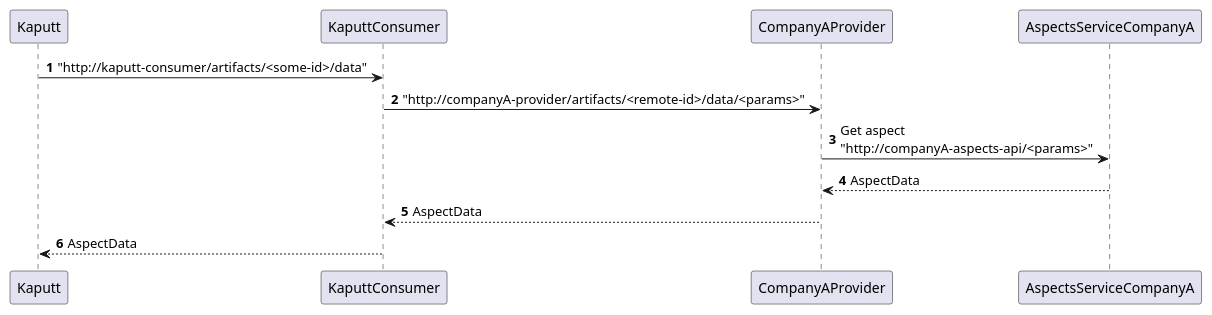
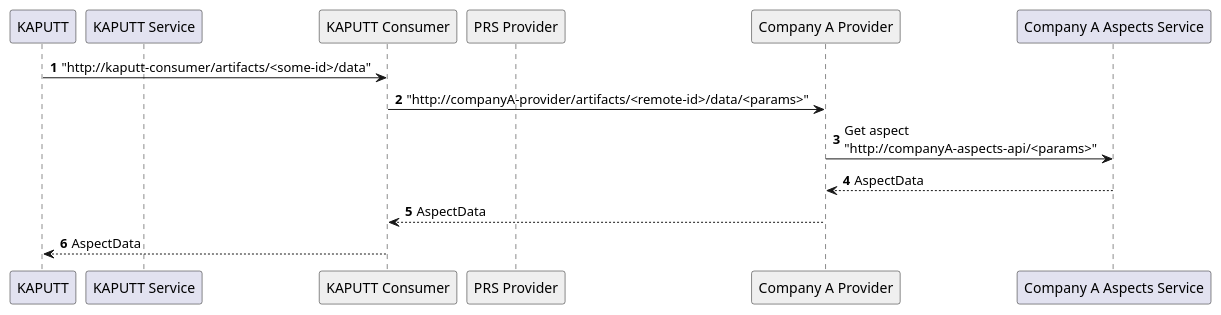
Before and after one commit to catenax/tractusx: the diagram in documentation/architecture/diagrams/speedboat-get-aspect.puml, drawn with PlantUML.

```diff
--- a/documentation/architecture/diagrams/speedboat-get-aspect.puml
+++ b/documentation/architecture/diagrams/speedboat-get-aspect.puml
@@ -1,12 +1,19 @@
 @startuml
 'https://plantuml.com/sequence-diagram
 
 autonumber
+
+participant "KAPUTT" as Kaputt 
+participant "KAPUTT Service" as KaputtService 
+participant "KAPUTT Consumer" as KaputtConsumer #efefef
+participant "PRS Provider" as PRSProvider  #efefef
+participant "Company A Provider" as CompanyAProvider #efefef
+participant "Company A Aspects Service" as AspectsServiceCompanyA 
 
 Kaputt ->  KaputtConsumer: "http://kaputt-consumer/artifacts/<some-id>/data"
 KaputtConsumer -> CompanyAProvider: "http://companyA-provider/artifacts/<remote-id>/data/<params>"
 CompanyAProvider -> AspectsServiceCompanyA: Get aspect \n"http://companyA-aspects-api/<params>"
 CompanyAProvider <-- AspectsServiceCompanyA: AspectData
 KaputtConsumer <-- CompanyAProvider: AspectData
 Kaputt <-- KaputtConsumer: AspectData
 @enduml
```
